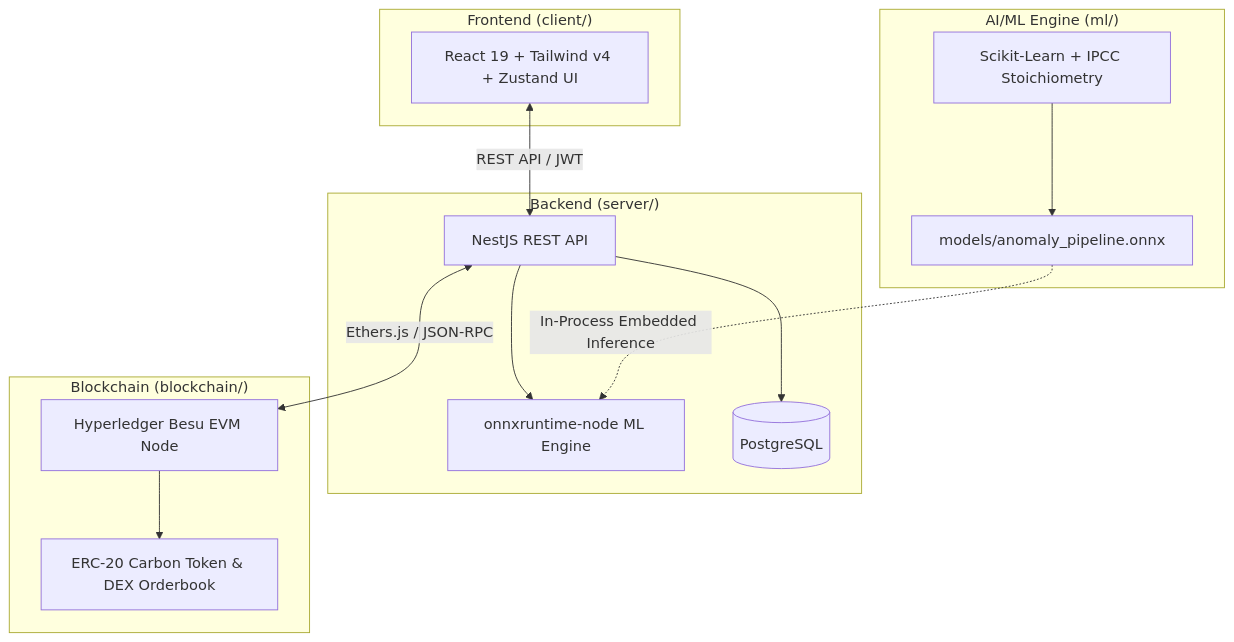
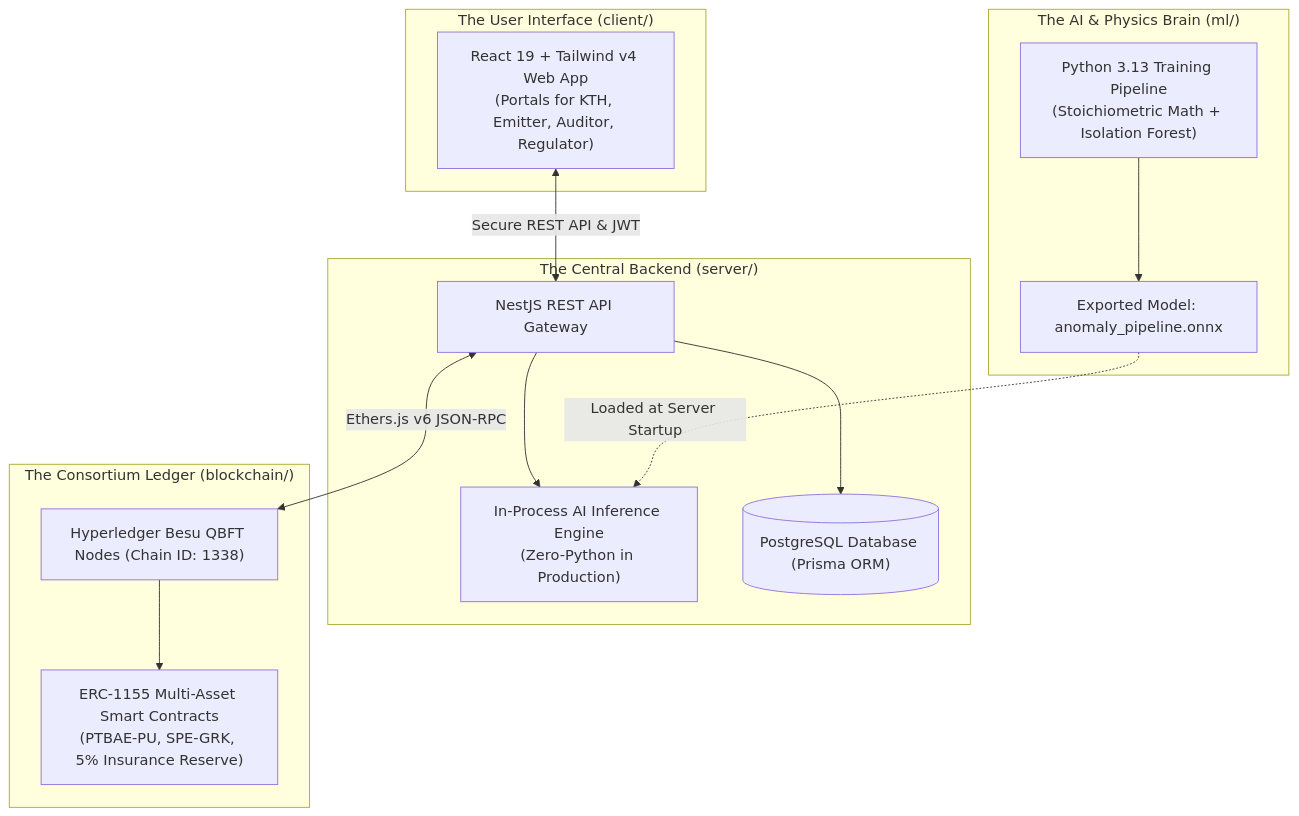
The second of 2 diagrams in README.md (SYNETRATECH/RekaKarbon), drawn with Mermaid before and after one commit. The commit also changed other lines of this file and 19 other files, not shown here.

````diff
--- a/README.md
+++ b/README.md
@@ -21,30 +146,30 @@
 ```mermaid
 graph TD
-    subgraph Client ["Frontend (client/)"]
-        FE["React 19 + Tailwind v4 + Zustand UI"]
+    subgraph FrontendApp ["The User Interface (client/)"]
+        FE["React 19 + Tailwind v4 Web App\n(Portals for KTH, Emitter, Auditor, Regulator)"]
     end
 
-    subgraph Server ["Backend (server/)"]
-        API["NestJS REST API"]
-        ONNX["onnxruntime-node ML Engine"]
-        DB[("PostgreSQL")]
+    subgraph BackendApp ["The Central Backend (server/)"]
+        API["NestJS REST API Gateway"]
+        ONNX["In-Process AI Inference Engine\n(Zero-Python in Production)"]
+        DB[("PostgreSQL Database (Prisma ORM)")]
         API --> ONNX
         API --> DB
     end
 
-    subgraph ML ["AI/ML Engine (ml/)"]
-        PY["Scikit-Learn + IPCC Stoichiometry"]
-        ONNX_FILE["models/anomaly_pipeline.onnx"]
+    subgraph MLEngine ["The AI & Physics Brain (ml/)"]
+        PY["Python 3.13 Training Pipeline\n(Stoichiometric Math + Isolation Forest)"]
+        ONNX_FILE["Exported Model: anomaly_pipeline.onnx"]
         PY --> ONNX_FILE
     end
 
-    subgraph Blockchain ["Blockchain (blockchain/)"]
-        BESU["Hyperledger Besu EVM Node"]
-        CONTRACTS["ERC-20 Carbon Token & DEX Orderbook"]
+    subgraph BlockchainNet ["The Consortium Ledger (blockchain/)"]
+        BESU["Hyperledger Besu QBFT Nodes (Chain ID: 1338)"]
+        CONTRACTS["ERC-1155 Multi-Asset Smart Contracts\n(PTBAE-PU, SPE-GRK, 5% Insurance Reserve)"]
         BESU --> CONTRACTS
     end
 
-    FE <-->|"REST API / JWT"| API
-    ONNX_FILE -.->|"In-Process Embedded Inference"| ONNX
-    API <-->|"Ethers.js / JSON-RPC"| BESU
+    FE <-->|"Secure REST API & JWT"| API
+    ONNX_FILE -.->|"Loaded at Server Startup"| ONNX
+    API <-->|"Ethers.js v6 JSON-RPC"| BESU
 ```
````
